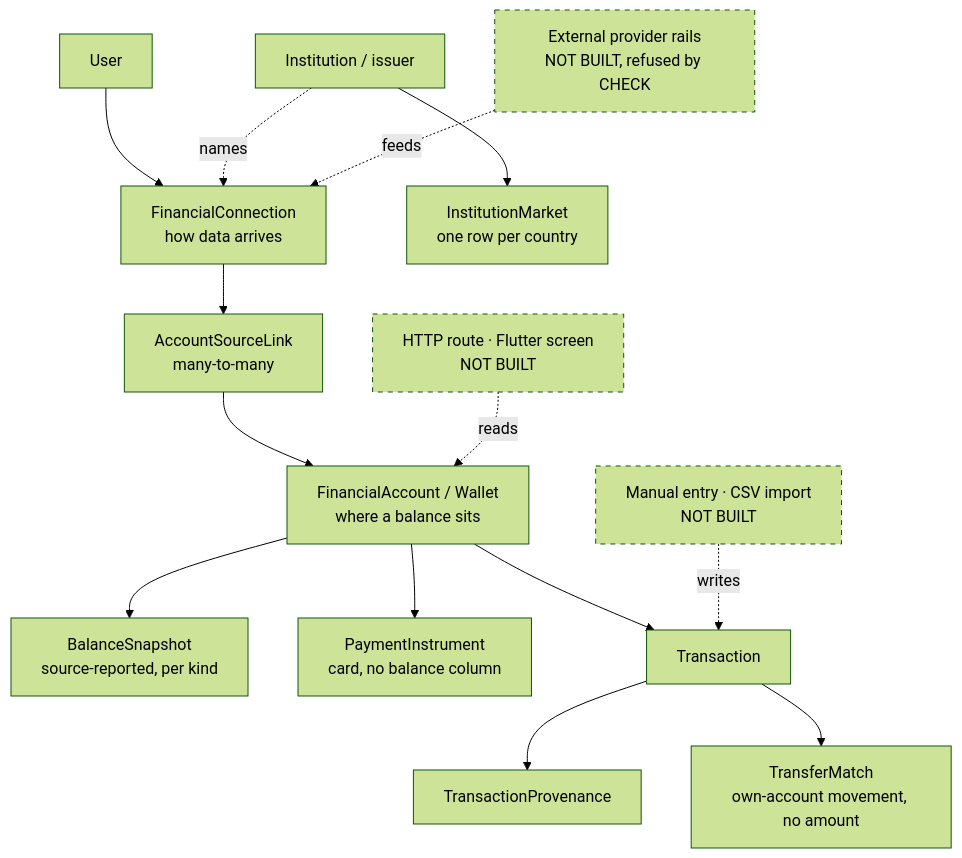
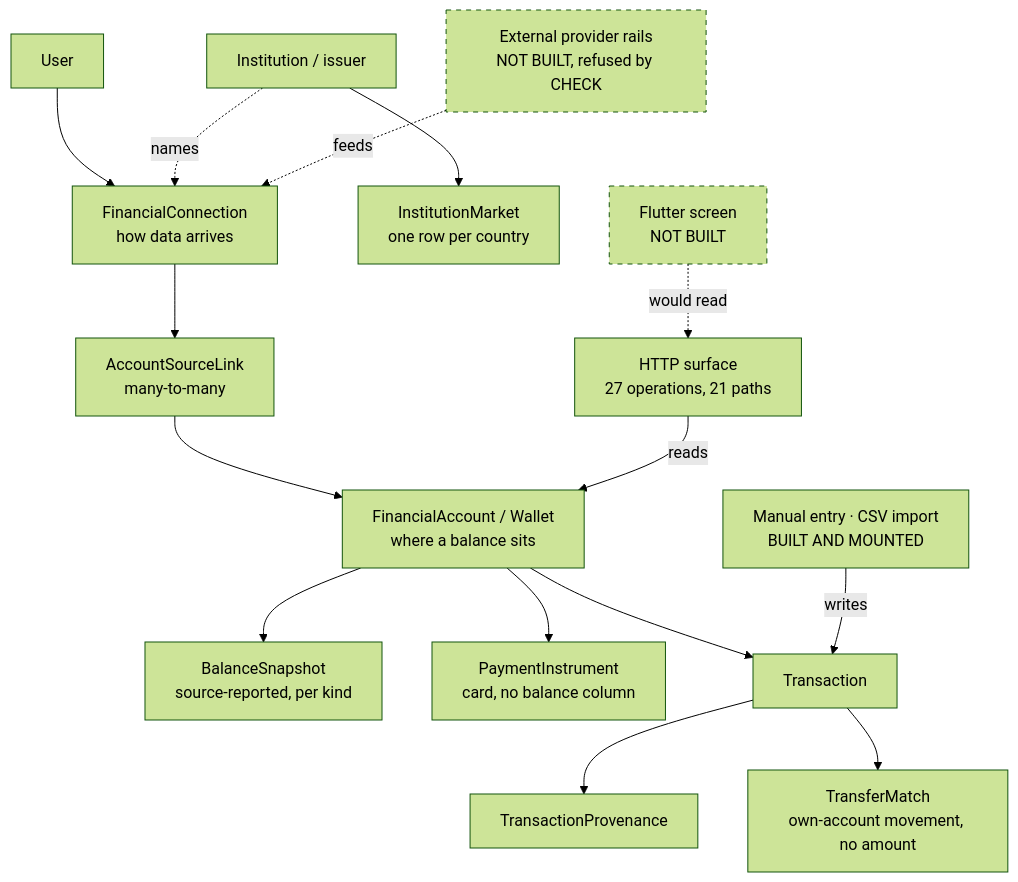
One commit to MoayadAlobaidi/Karar-Flutter-version changed the third of 3 diagrams in README.md. Above: the diagram before and after it, drawn with Mermaid (forest theme). The commit also changed other lines of this file and 31 other files, not shown here.

````diff
--- a/README.md
+++ b/README.md
@@ -201,20 +203,20 @@
 ```mermaid
 graph TD
   U[User] --> C[FinancialConnection<br/>how data arrives]
   I[Institution / issuer] --> M[InstitutionMarket<br/>one row per country]
   I -.names.-> C
   C --> L[AccountSourceLink<br/>many-to-many]
   L --> A[FinancialAccount / Wallet<br/>where a balance sits]
   A --> S[BalanceSnapshot<br/>source-reported, per kind]
   A --> PI[PaymentInstrument<br/>card, no balance column]
   A --> T[Transaction]
   T --> P[TransactionProvenance]
   T --> TM[TransferMatch<br/>own-account movement, no amount]
-  ING[Manual entry · CSV import<br/>NOT BUILT] -.writes.-> T
-  HTTP[HTTP route · Flutter screen<br/>NOT BUILT] -.reads.-> A
+  ING[Manual entry · CSV import<br/>BUILT AND MOUNTED] --writes--> T
+  HTTP[HTTP surface<br/>27 operations, 21 paths] --reads--> A
+  FLU[Flutter screen<br/>NOT BUILT] -.would read.-> HTTP
   EXT[External provider rails<br/>NOT BUILT, refused by CHECK] -.feeds.-> C
 
-  style ING stroke-dasharray: 5 5
-  style HTTP stroke-dasharray: 5 5
+  style FLU stroke-dasharray: 5 5
   style EXT stroke-dasharray: 5 5
 ```
````
